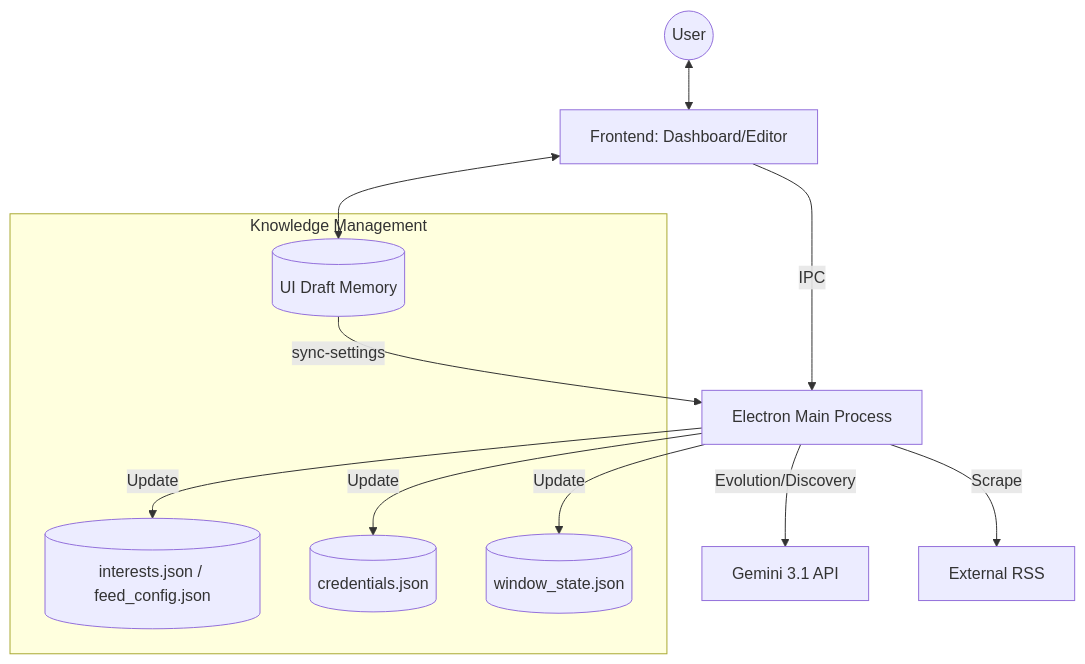
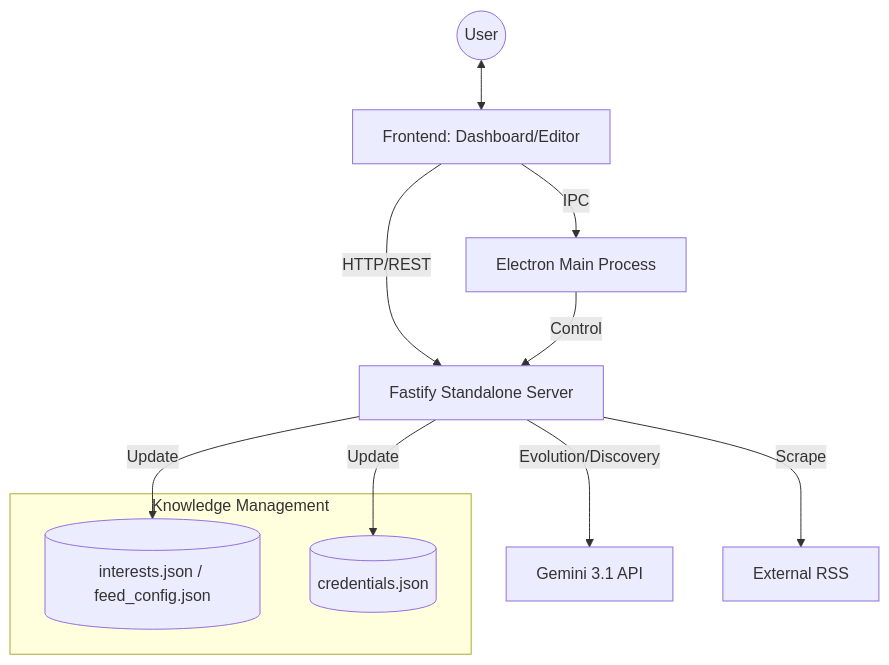
Before and after one commit to charge0315/aegis-ai-hub: the diagram in docs/CODEMAPS/INDEX.md, drawn with Mermaid. The commit also changed other lines of this file and 13 other files, not shown here.

Commit message:
feat: transition to standalone Fastify server and optimize Acrylic UI

````diff
--- a/docs/CODEMAPS/INDEX.md
+++ b/docs/CODEMAPS/INDEX.md
@@ -26,24 +27,22 @@
 ```mermaid
 graph TD
     User((User))
     UI[Frontend: Dashboard/Editor]
     Main[Electron Main Process]
+    Server[Fastify Standalone Server]
     
     subgraph "Knowledge Management"
-        Draft[(UI Draft Memory)]
         Config[(interests.json / feed_config.json)]
         Creds[(credentials.json)]
-        WinState[(window_state.json)]
     end
 
     User <--> UI
     UI -- IPC --> Main
-    UI <--> Draft
-    Draft -- sync-settings --> Main
-    Main -- Update --> Config
-    Main -- Update --> Creds
-    Main -- Update --> WinState
+    UI -- HTTP/REST --> Server
+    Main -- Control --> Server
     
-    Main -- Evolution/Discovery --> GeminiAPI[Gemini 3.1 API]
-    Main -- Scrape --> Feeds[External RSS]
+    Server -- Evolution/Discovery --> GeminiAPI[Gemini 3.1 API]
+    Server -- Scrape --> Feeds[External RSS]
+    Server -- Update --> Config
+    Server -- Update --> Creds
 ```
````
